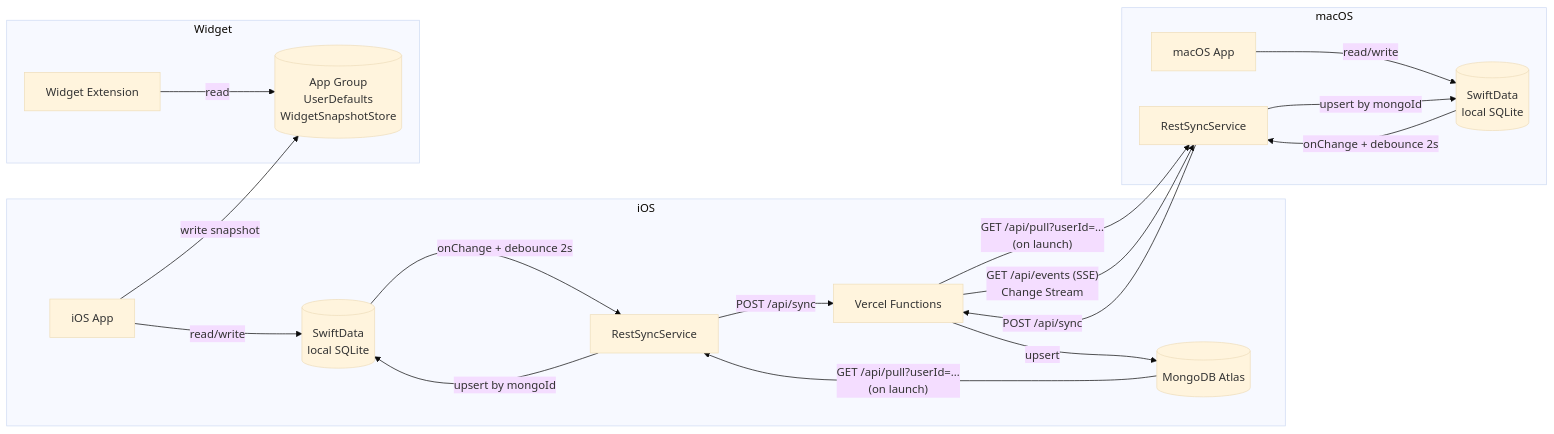
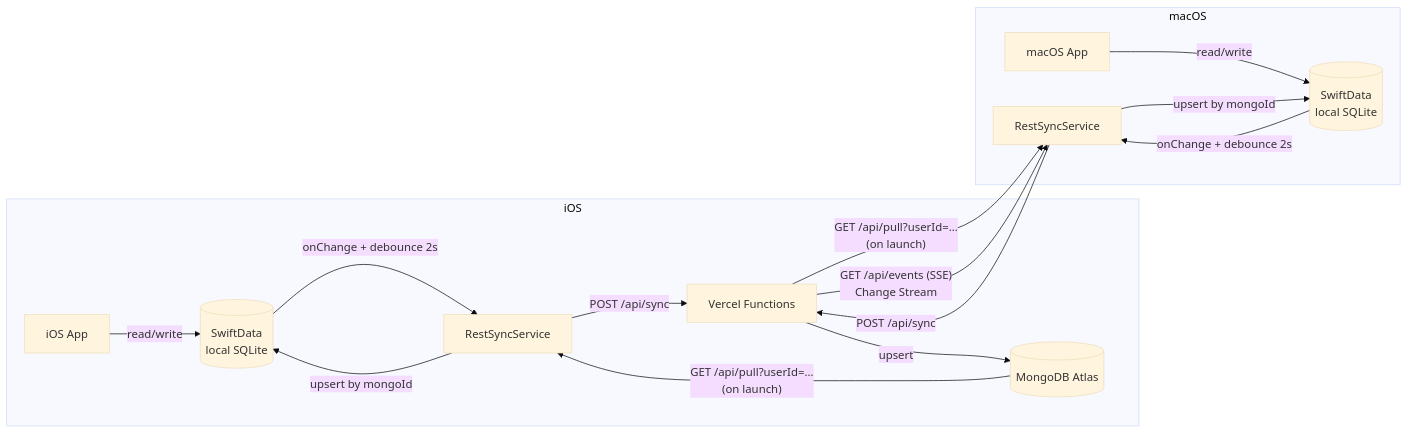
The second of 2 diagrams in docs/02-data-model.md (albertobarrago/timelog), drawn with Mermaid (base theme) before and after one commit. The commit also changed other lines of this file and 4 other files, not shown here.

````diff
--- a/docs/02-data-model.md
+++ b/docs/02-data-model.md
@@ -97,25 +97,21 @@
 ```mermaid
 flowchart LR
     subgraph iOS
         iApp["iOS App"] -->|"read/write"| SD_iOS[("SwiftData\nlocal SQLite")]
         SD_iOS -->|"onChange + debounce 2s"| RSS["RestSyncService"]
         RSS -->|"POST /api/sync"| VCL["Vercel Functions"]
         VCL -->|"upsert"| MDB[("MongoDB Atlas")]
         MDB -->|"GET /api/pull?userId=…\n(on launch)"| RSS
         RSS -->|"upsert by mongoId"| SD_iOS
     end
 
     subgraph macOS
         mApp["macOS App"] -->|"read/write"| SD_MAC[("SwiftData\nlocal SQLite")]
         SD_MAC -->|"onChange + debounce 2s"| mRSS["RestSyncService"]
         mRSS -->|"POST /api/sync"| VCL
         VCL -->|"GET /api/pull?userId=…\n(on launch)"| mRSS
         mRSS -->|"upsert by mongoId"| SD_MAC
         VCL -->|"GET /api/events (SSE)\nChange Stream"| mRSS
     end
 
-    subgraph Widget
-        wWidget["Widget Extension"] -->|"read"| AppGroup[("App Group\nUserDefaults\nWidgetSnapshotStore")]
-        iApp -->|"write snapshot"| AppGroup
-    end
 ```
````
